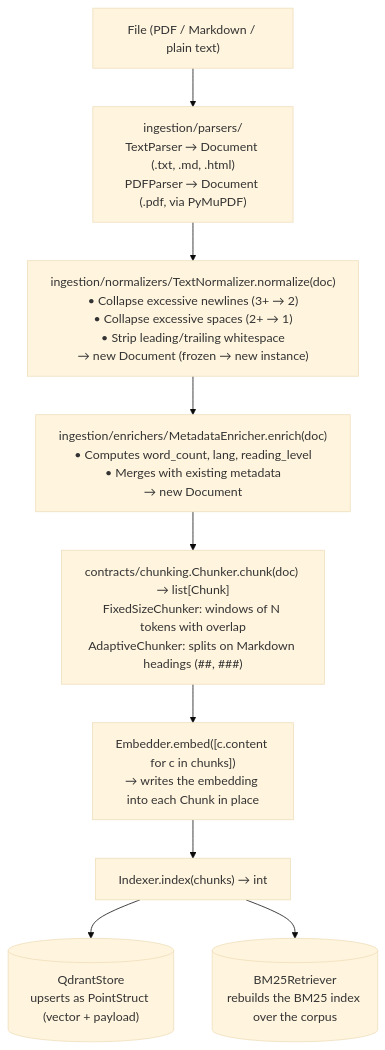
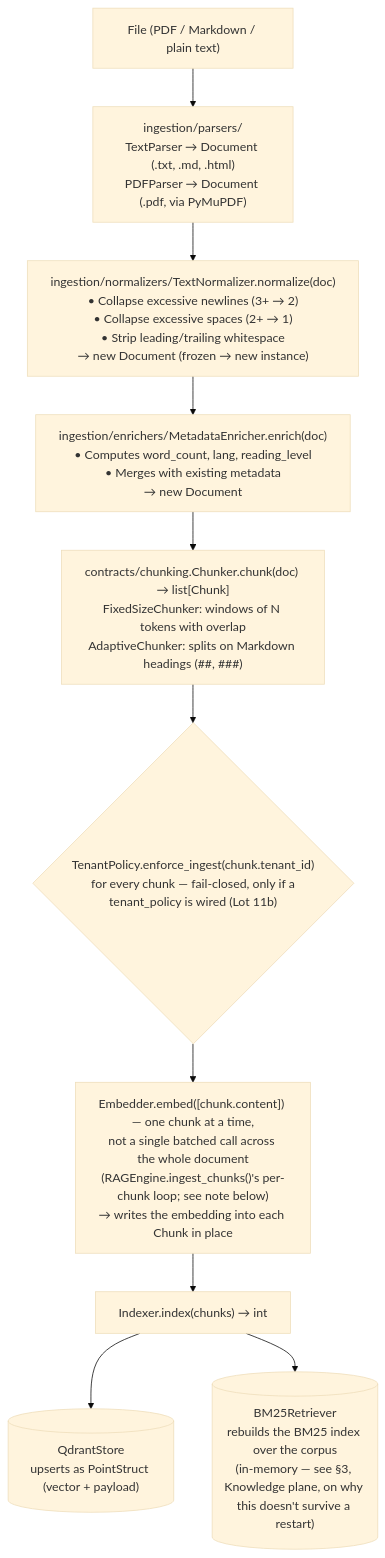
Before and after one commit to HerbertGourout/modular-rag-framework: the fourth of 5 diagrams in docs/architecture/overview.md, drawn with Mermaid. The commit also changed other lines of this file and 42 other files, not shown here.

````diff
--- a/docs/architecture/overview.md
+++ b/docs/architecture/overview.md
@@ -255,13 +512,14 @@
 ```mermaid
 %%{init: {"theme": "base"}}%%
 flowchart TD
     File["File (PDF / Markdown / plain text)"]
     File --> Parser["ingestion/parsers/\nTextParser → Document (.txt, .md, .html)\nPDFParser → Document (.pdf, via PyMuPDF)"]
     Parser --> Normalize["ingestion/normalizers/TextNormalizer.normalize(doc)\n• Collapse excessive newlines (3+ → 2)\n• Collapse excessive spaces (2+ → 1)\n• Strip leading/trailing whitespace\n→ new Document (frozen → new instance)"]
     Normalize --> Enrich["ingestion/enrichers/MetadataEnricher.enrich(doc)\n• Computes word_count, lang, reading_level\n• Merges with existing metadata\n→ new Document"]
     Enrich --> Chunk["contracts/chunking.Chunker.chunk(doc) → list[Chunk]\nFixedSizeChunker: windows of N tokens with overlap\nAdaptiveChunker: splits on Markdown headings (##, ###)"]
-    Chunk --> Embed["Embedder.embed([c.content for c in chunks])\n→ writes the embedding into each Chunk in place"]
+    Chunk --> TenantCheck{"TenantPolicy.enforce_ingest(chunk.tenant_id)\nfor every chunk — fail-closed, only if a\ntenant_policy is wired (Lot 11b)"}
+    TenantCheck --> Embed["Embedder.embed([chunk.content]) — one chunk at a time,\nnot a single batched call across the whole document\n(RAGEngine.ingest_chunks()'s per-chunk loop; see note below)\n→ writes the embedding into each Chunk in place"]
     Embed --> Index["Indexer.index(chunks) → int"]
     Index --> Qdrant[("QdrantStore\nupserts as PointStruct (vector + payload)")]
-    Index --> BM25[("BM25Retriever\nrebuilds the BM25 index over the corpus")]
+    Index --> BM25[("BM25Retriever\nrebuilds the BM25 index over the corpus\n(in-memory — see §3, Knowledge plane, on why this doesn't survive a restart)")]
 ```
````
